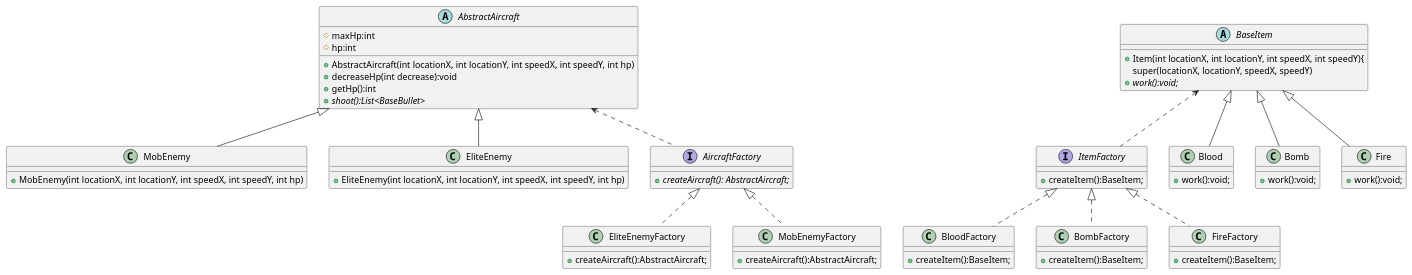
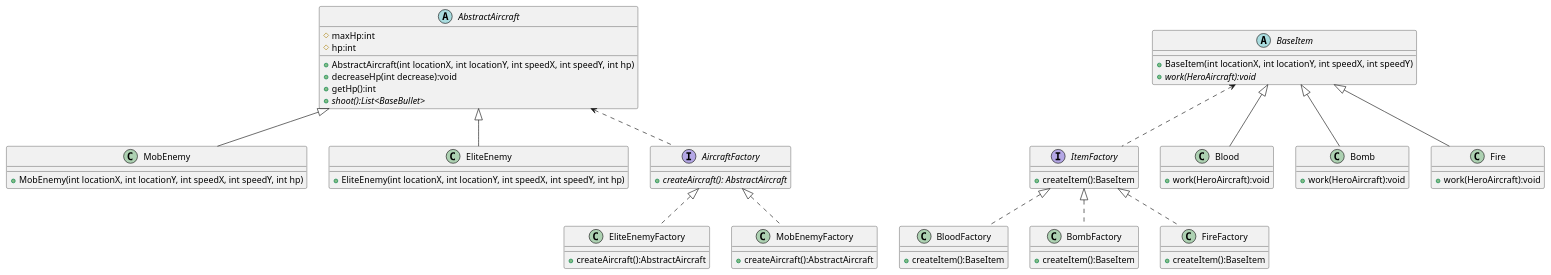
One commit to xrlexpert/Aircraft-War changed the diagram in uml/Factory_Pattern.puml. Above: the diagram before and after it, drawn with PlantUML. The commit also changed 3 other files, not shown here.

```diff
--- a/uml/Factory_Pattern.puml
+++ b/uml/Factory_Pattern.puml
@@ -1,64 +1,63 @@
 @startuml
 abstract class AbstractAircraft{
     # maxHp:int
     # hp:int
     + AbstractAircraft(int locationX, int locationY, int speedX, int speedY, int hp)
     + decreaseHp(int decrease):void
     + getHp():int
     + {abstract} shoot():List<BaseBullet>
 }
 class MobEnemy{
     + MobEnemy(int locationX, int locationY, int speedX, int speedY, int hp)
 }
 class EliteEnemy{
     + EliteEnemy(int locationX, int locationY, int speedX, int speedY, int hp)
 }
 interface AircraftFactory{
-    +{abstract} createAircraft(): AbstractAircraft;
+    +{abstract} createAircraft(): AbstractAircraft
 }
 class EliteEnemyFactory{
-    + createAircraft():AbstractAircraft;
+    + createAircraft():AbstractAircraft
 }
 class MobEnemyFactory{
-    + createAircraft():AbstractAircraft;
+    + createAircraft():AbstractAircraft
 }
 AbstractAircraft <|-- MobEnemy
 AbstractAircraft <|-- EliteEnemy
 AircraftFactory <|.. EliteEnemyFactory
 AircraftFactory <|.. MobEnemyFactory
 AbstractAircraft <.. AircraftFactory
 
 abstract class BaseItem{
-    + Item(int locationX, int locationY, int speedX, int speedY){
-            super(locationX, locationY, speedX, speedY)
-    + {abstract} work():void;
+    + BaseItem(int locationX, int locationY, int speedX, int speedY)
+    + {abstract} work(HeroAircraft):void
 }
 interface ItemFactory{
-    + createItem():BaseItem;
+    + createItem():BaseItem
 }
 class BloodFactory{
-    + createItem():BaseItem;
+    + createItem():BaseItem
 }
 class BombFactory{
-    + createItem():BaseItem;
+    + createItem():BaseItem
 }
 class FireFactory{
-    + createItem():BaseItem;
+    + createItem():BaseItem
 }
 class Blood{
-    + work():void;
+    + work(HeroAircraft):void
 }
 class Bomb{
-    + work():void;
+    + work(HeroAircraft):void
 }
 class Fire{
-    + work():void;
+    + work(HeroAircraft):void
 }
 BaseItem <.. ItemFactory
 BaseItem <|-- Blood
 BaseItem <|-- Bomb
 BaseItem <|-- Fire
 ItemFactory <|.. BloodFactory
 ItemFactory <|.. BombFactory
 ItemFactory <|.. FireFactory
 @enduml
```
